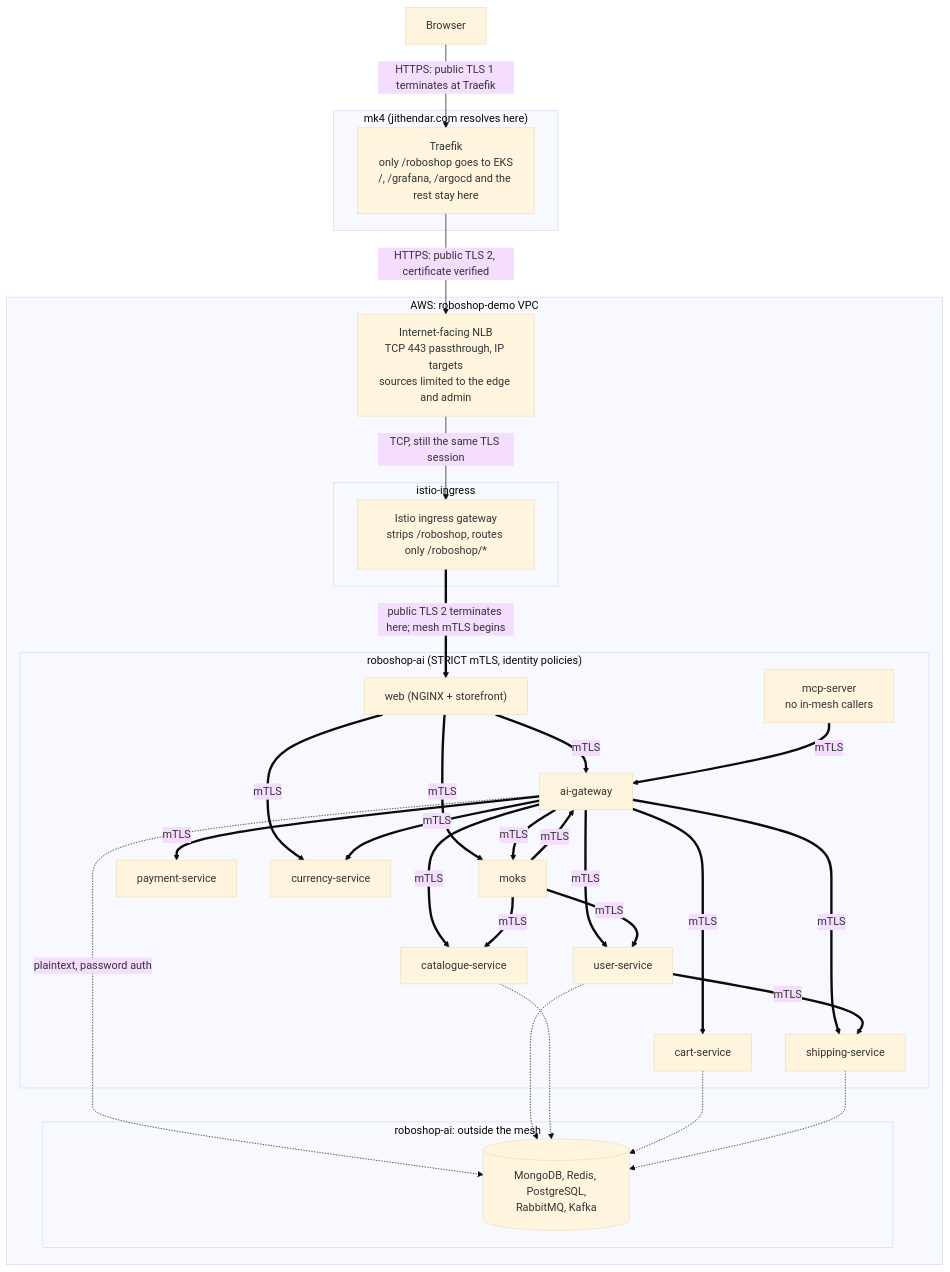
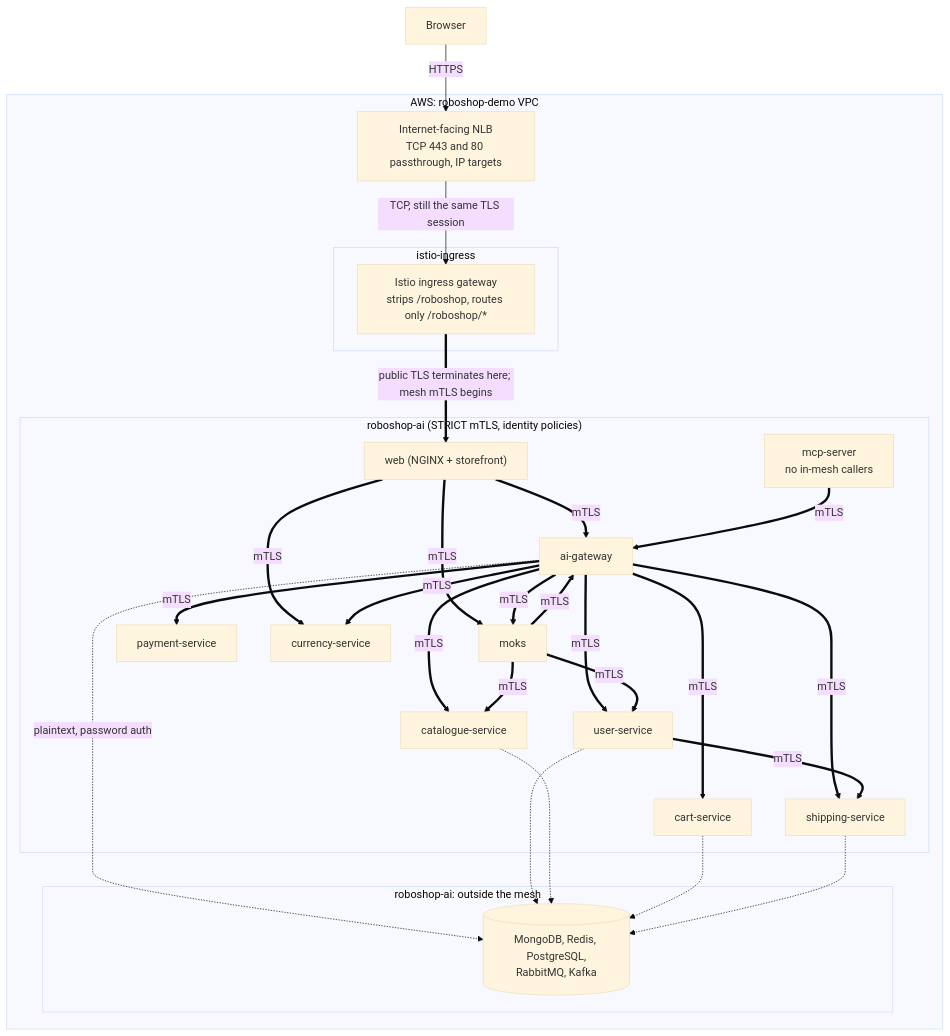
Before and after one commit to mrjithendar/tools: the diagram in eks/README.md, drawn with Mermaid (base theme). The commit also changed other lines of this file and 12 other files, not shown here.

````diff
--- a/eks/README.md
+++ b/eks/README.md
@@ -49,58 +39,53 @@
 ```mermaid
 flowchart TD
   browser["Browser"]
 
-  subgraph mk4["mk4 (jithendar.com resolves here)"]
-    traefik["Traefik<br/>only /roboshop goes to EKS<br/>/, /grafana, /argocd and the rest stay here"]
-  end
-
   subgraph aws["AWS: roboshop-demo VPC"]
-    nlb["Internet-facing NLB<br/>TCP 443 passthrough, IP targets<br/>sources limited to the edge and admin"]
+    nlb["Internet-facing NLB<br/>TCP 443 and 80 passthrough, IP targets"]
 
     subgraph ingress["istio-ingress"]
       gateway["Istio ingress gateway<br/>strips /roboshop, routes only /roboshop/*"]
     end
 
     subgraph ns["roboshop-ai (STRICT mTLS, identity policies)"]
       web["web (NGINX + storefront)"]
       aigw["ai-gateway"]
       moks["moks"]
       mcp["mcp-server<br/>no in-mesh callers"]
       user["user-service"]
       catalogue["catalogue-service"]
       cart["cart-service"]
       payment["payment-service"]
       shipping["shipping-service"]
       currency["currency-service"]
     end
 
     subgraph data["roboshop-ai: outside the mesh"]
       stores[("MongoDB, Redis, PostgreSQL,<br/>RabbitMQ, Kafka")]
     end
   end
 
-  browser -- "HTTPS: public TLS 1 terminates at Traefik" --> traefik
-  traefik -- "HTTPS: public TLS 2, certificate verified" --> nlb
+  browser -- "HTTPS" --> nlb
   nlb -- "TCP, still the same TLS session" --> gateway
-  gateway == "public TLS 2 terminates here; mesh mTLS begins" ==> web
+  gateway == "public TLS terminates here; mesh mTLS begins" ==> web
   web == mTLS ==> aigw
   web == mTLS ==> moks
   web == mTLS ==> currency
   aigw == mTLS ==> user
   aigw == mTLS ==> catalogue
   aigw == mTLS ==> cart
   aigw == mTLS ==> payment
   aigw == mTLS ==> shipping
   aigw == mTLS ==> currency
   aigw == mTLS ==> moks
   moks == mTLS ==> aigw
   moks == mTLS ==> catalogue
   moks == mTLS ==> user
   user == mTLS ==> shipping
   mcp == mTLS ==> aigw
   aigw -. "plaintext, password auth" .-> stores
   user -.-> stores
   catalogue -.-> stores
   cart -.-> stores
   shipping -.-> stores
 ```
````
